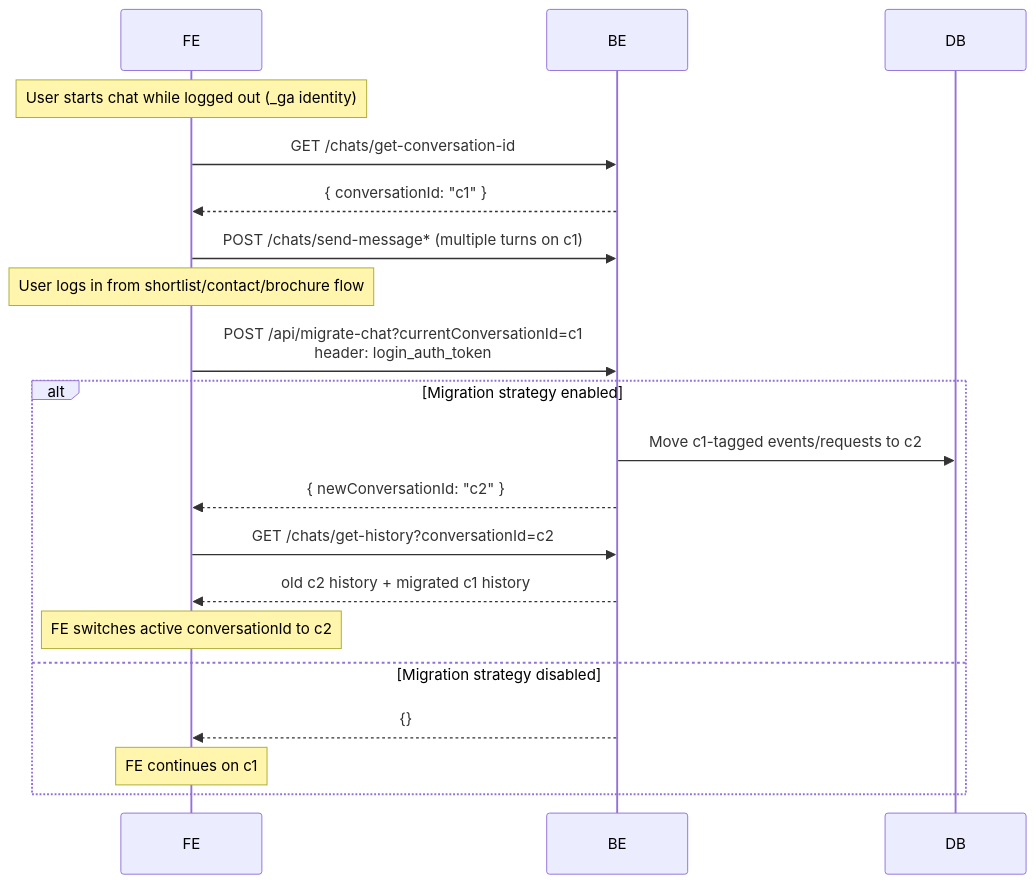
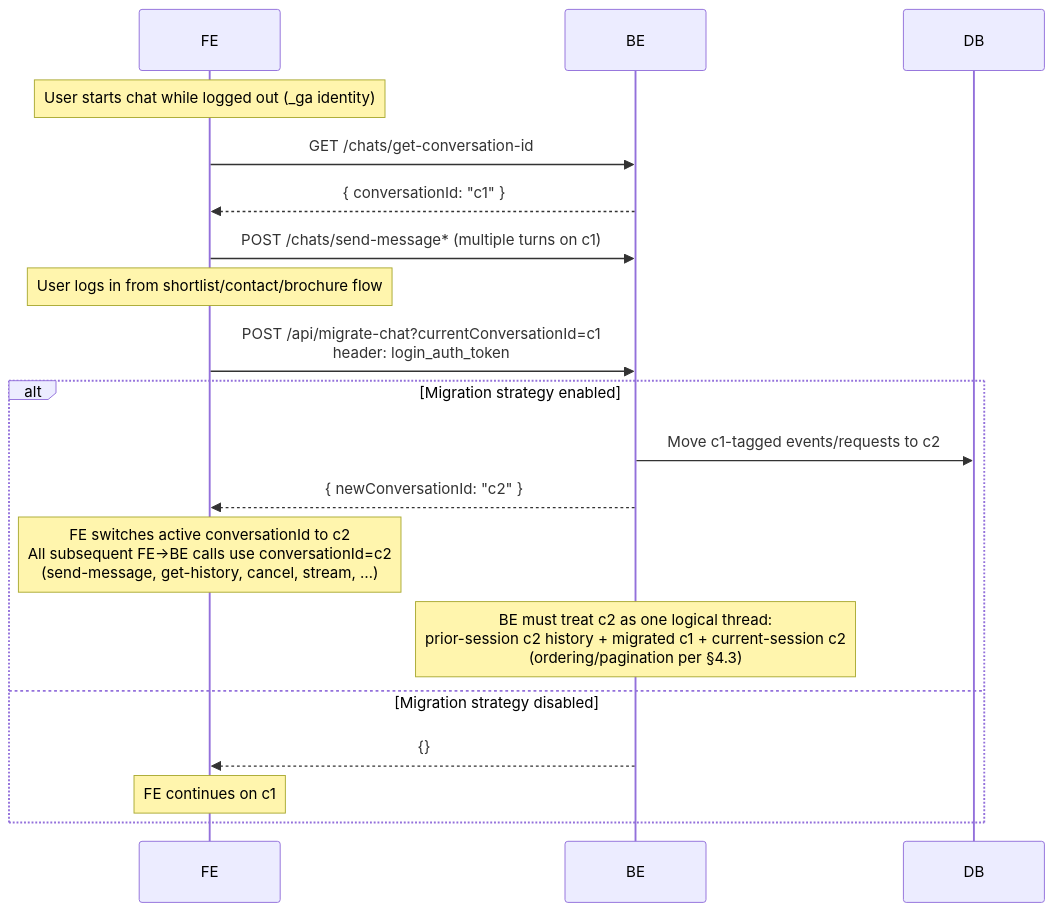
One commit to sachin-hg/chat-demo changed the fifth of 6 diagrams in chat_v1.md. Above: the diagram before and after it, drawn with Mermaid. The commit also changed other lines of this file and 1 other file, not shown here.

````diff
--- a/chat_v1.md
+++ b/chat_v1.md
@@ -627,24 +629,23 @@
 ```mermaid
 sequenceDiagram
     participant FE
     participant BE
     participant DB
 
     Note over FE: User starts chat while logged out (_ga identity)
     FE->>BE: GET /chats/get-conversation-id
     BE-->>FE: { conversationId: "c1" }
     FE->>BE: POST /chats/send-message* (multiple turns on c1)
 
     Note over FE: User logs in from shortlist/contact/brochure flow
     FE->>BE: POST /api/migrate-chat?currentConversationId=c1<br/>header: login_auth_token
     alt Migration strategy enabled
       BE->>DB: Move c1-tagged events/requests to c2
       BE-->>FE: { newConversationId: "c2" }
-      FE->>BE: GET /chats/get-history?conversationId=c2
-      BE-->>FE: old c2 history + migrated c1 history
-      Note over FE: FE switches active conversationId to c2
+      Note over FE: FE switches active conversationId to c2<br/>All subsequent FE→BE calls use conversationId=c2<br/>(send-message, get-history, cancel, stream, …)
+      Note over BE: BE must treat c2 as one logical thread:<br/>prior-session c2 history + migrated c1 + current-session c2<br/>(ordering/pagination per §4.3)
     else Migration strategy disabled
       BE-->>FE: {}
       Note over FE: FE continues on c1
     end
 ```
````
